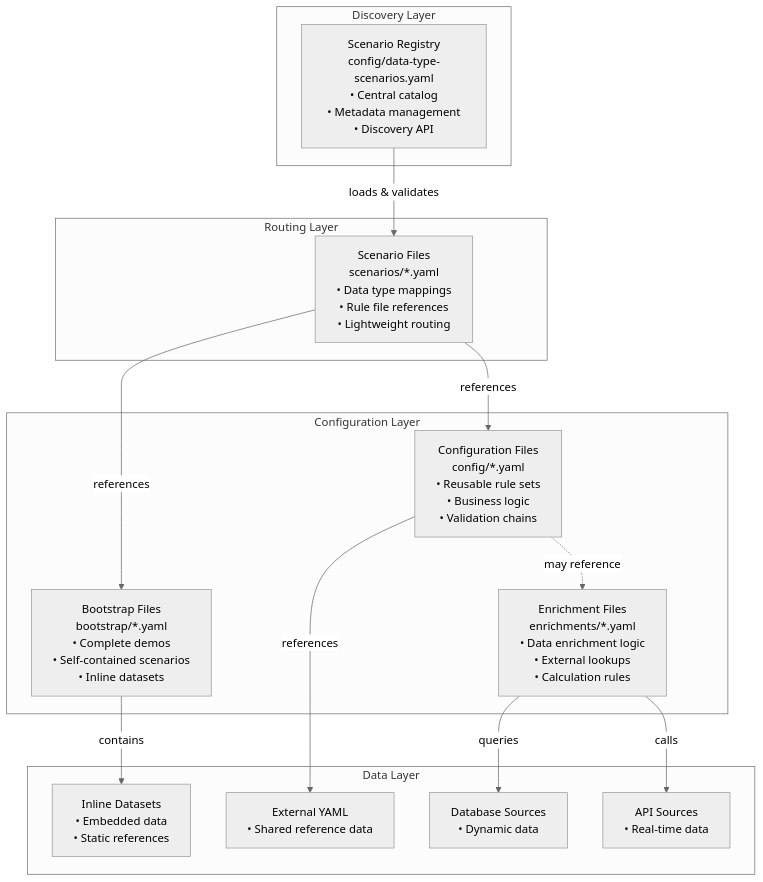
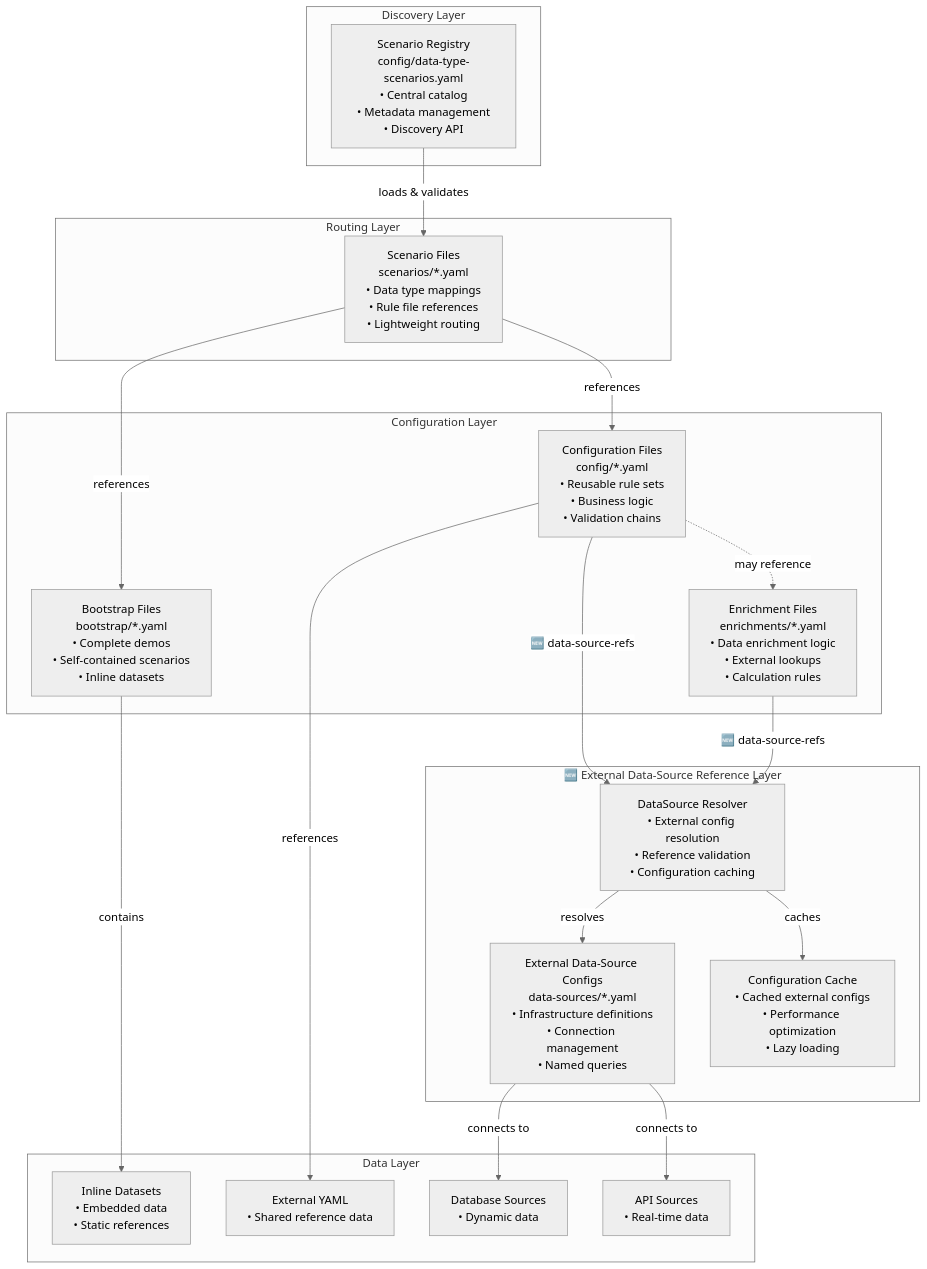
Before and after one commit to mraysmit/apex: the first of 13 diagrams in docs/APEX_TECHNICAL_REFERENCE.md, drawn with Mermaid (neutral theme). The commit also changed other lines of this file and 4 other files, not shown here.

Commit message:
Refactor demo classes and YAML configurations: improve method calls, enhance YAML structure, and integrate real APEX services for better compliance with design principles

````diff
--- a/docs/APEX_TECHNICAL_REFERENCE.md
+++ b/docs/APEX_TECHNICAL_REFERENCE.md
@@ -17,34 +23,44 @@
 ```mermaid
 graph TD
     subgraph "Discovery Layer"
         Registry["Scenario Registry<br/>config/data-type-scenarios.yaml<br/>• Central catalog<br/>• Metadata management<br/>• Discovery API"]
     end
 
     subgraph "Routing Layer"
         ScenarioFiles["Scenario Files<br/>scenarios/*.yaml<br/>• Data type mappings<br/>• Rule file references<br/>• Lightweight routing"]
     end
 
     subgraph "Configuration Layer"
         ConfigFiles["Configuration Files<br/>config/*.yaml<br/>• Reusable rule sets<br/>• Business logic<br/>• Validation chains"]
 
         BootstrapFiles["Bootstrap Files<br/>bootstrap/*.yaml<br/>• Complete demos<br/>• Self-contained scenarios<br/>• Inline datasets"]
 
         EnrichmentFiles["Enrichment Files<br/>enrichments/*.yaml<br/>• Data enrichment logic<br/>• External lookups<br/>• Calculation rules"]
     end
 
+    subgraph "🆕 External Data-Source Reference Layer"
+        DataSourceResolver["DataSource Resolver<br/>• External config resolution<br/>• Reference validation<br/>• Configuration caching"]
+        ExternalConfigs["External Data-Source Configs<br/>data-sources/*.yaml<br/>• Infrastructure definitions<br/>• Connection management<br/>• Named queries"]
+        ConfigCache["Configuration Cache<br/>• Cached external configs<br/>• Performance optimization<br/>• Lazy loading"]
+    end
+
     subgraph "Data Layer"
         InlineData["Inline Datasets<br/>• Embedded data<br/>• Static references"]
         ExternalYAML["External YAML<br/>• Shared reference data"]
         DatabaseSources["Database Sources<br/>• Dynamic data"]
         APISources["API Sources<br/>• Real-time data"]
     end
 
     Registry -->|"loads & validates"| ScenarioFiles
     ScenarioFiles -->|"references"| ConfigFiles
     ScenarioFiles -->|"references"| BootstrapFiles
     ConfigFiles -.->|"may reference"| EnrichmentFiles
+    ConfigFiles -->|"🆕 data-source-refs"| DataSourceResolver
+    EnrichmentFiles -->|"🆕 data-source-refs"| DataSourceResolver
+    DataSourceResolver -->|"resolves"| ExternalConfigs
+    DataSourceResolver -->|"caches"| ConfigCache
     BootstrapFiles -->|"contains"| InlineData
     ConfigFiles -->|"references"| ExternalYAML
-    EnrichmentFiles -->|"queries"| DatabaseSources
-    EnrichmentFiles -->|"calls"| APISources
+    ExternalConfigs -->|"connects to"| DatabaseSources
+    ExternalConfigs -->|"connects to"| APISources
 ```
````
